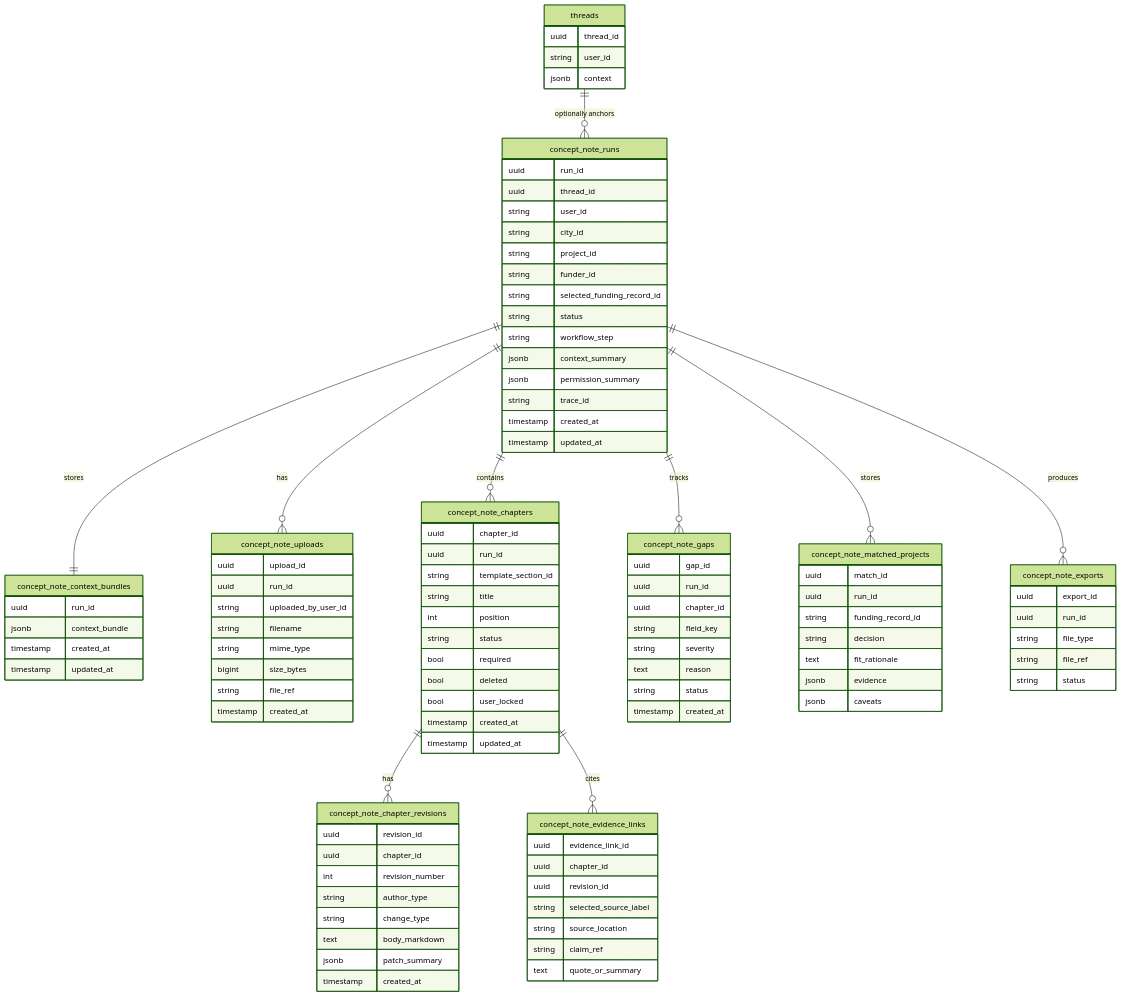
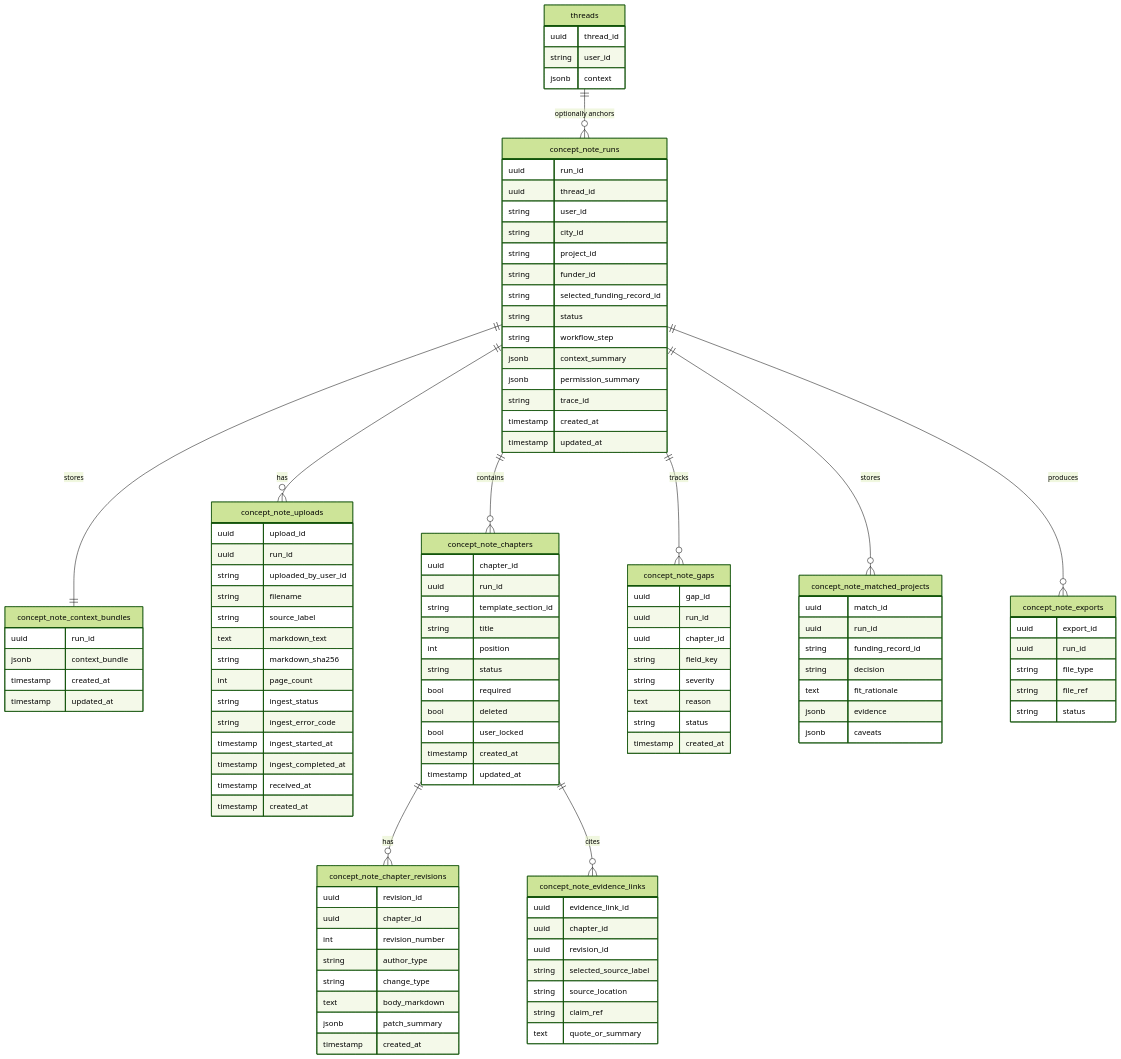
Before and after one commit to Open-Earth-Foundation/CityCatalyst: the fifth of 13 diagrams in docs/ConceptNoteBuilderArchitecture.md, drawn with Mermaid (forest theme). The commit also changed other lines of this file and 1 other file, not shown here.

```diff
--- a/docs/ConceptNoteBuilderArchitecture.md
+++ b/docs/ConceptNoteBuilderArchitecture.md
@@ -364,9 +385,15 @@
         uuid run_id
         string uploaded_by_user_id
         string filename
-        string mime_type
-        bigint size_bytes
-        string file_ref
+        string source_label
+        text markdown_text
+        string markdown_sha256
+        int page_count
+        string ingest_status
+        string ingest_error_code
+        timestamp ingest_started_at
+        timestamp ingest_completed_at
+        timestamp received_at
         timestamp created_at
     }
 
```
